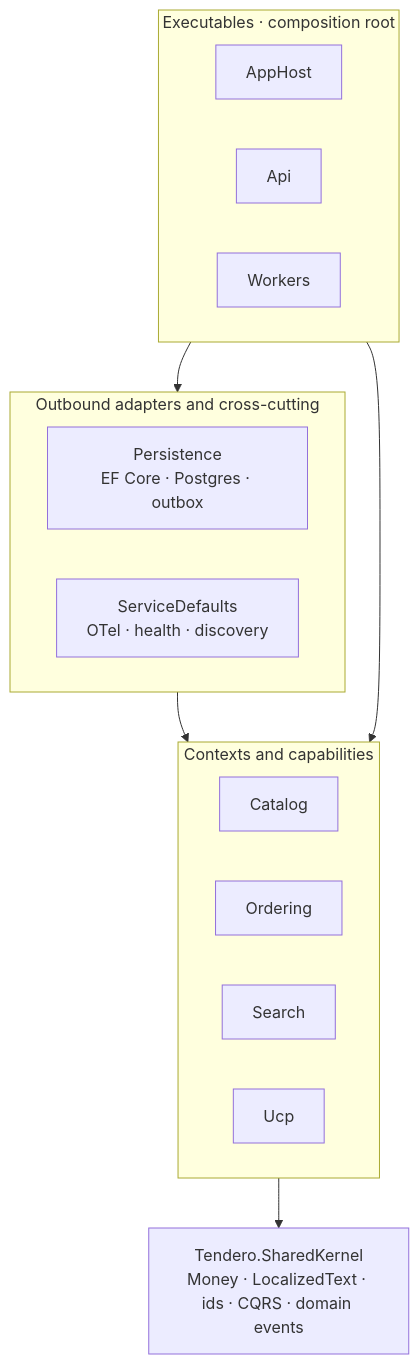
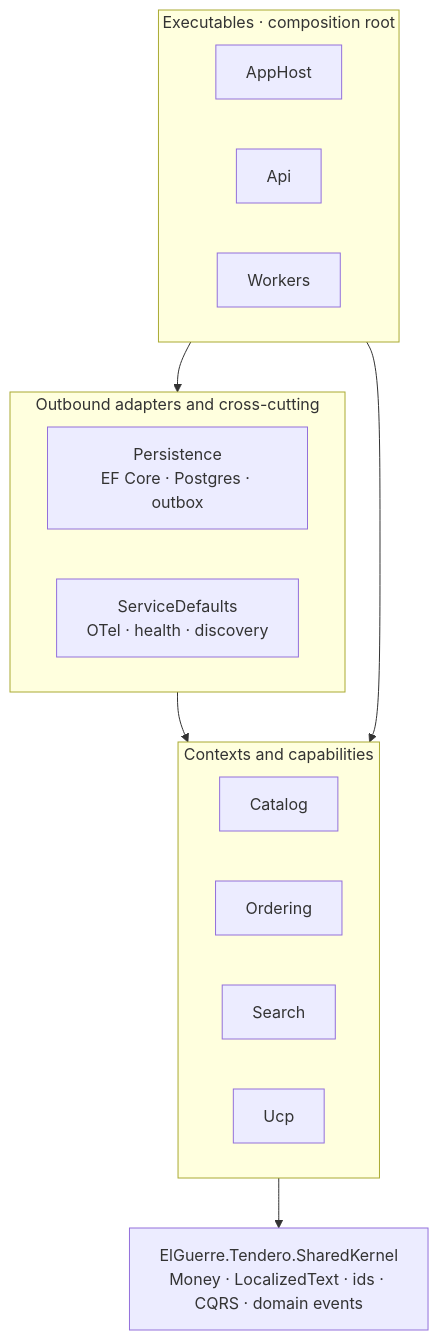
The third of 3 diagrams in docs/architecture.md (juanluelguerre/tendero), drawn with Mermaid before and after one commit. The commit also changed other lines of this file and 100 other files, not shown here.

````diff
--- a/docs/architecture.md
+++ b/docs/architecture.md
@@ -126,21 +127,21 @@
 ```mermaid
 flowchart TB
     subgraph Exec [Executables · composition root]
         AH[AppHost]
         APIP[Api]
         WKP[Workers]
     end
     subgraph Adapters [Outbound adapters and cross-cutting]
         PER[Persistence<br/>EF Core · Postgres · outbox]
         SD[ServiceDefaults<br/>OTel · health · discovery]
     end
     subgraph Ctx [Contexts and capabilities]
         C[Catalog]
         O[Ordering]
         S[Search]
         U[Ucp]
     end
-    SK[Tendero.SharedKernel<br/>Money · LocalizedText · ids · CQRS · domain events]
+    SK[ElGuerre.Tendero.SharedKernel<br/>Money · LocalizedText · ids · CQRS · domain events]
     Exec --> Adapters --> Ctx --> SK
     Exec --> Ctx
 ```
````
